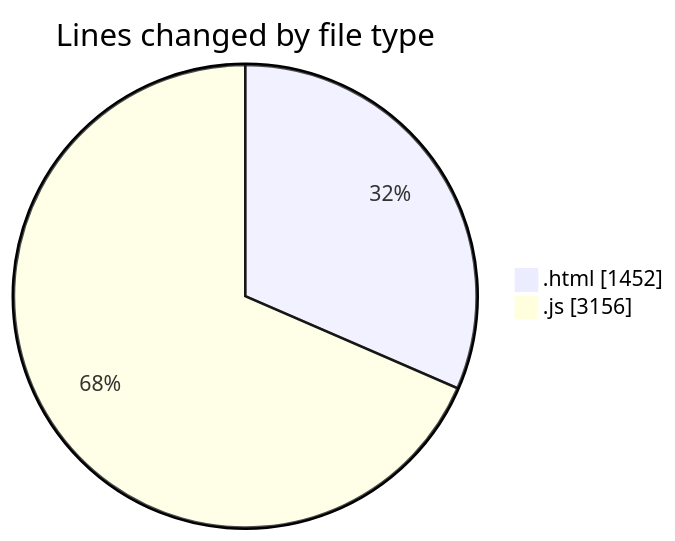
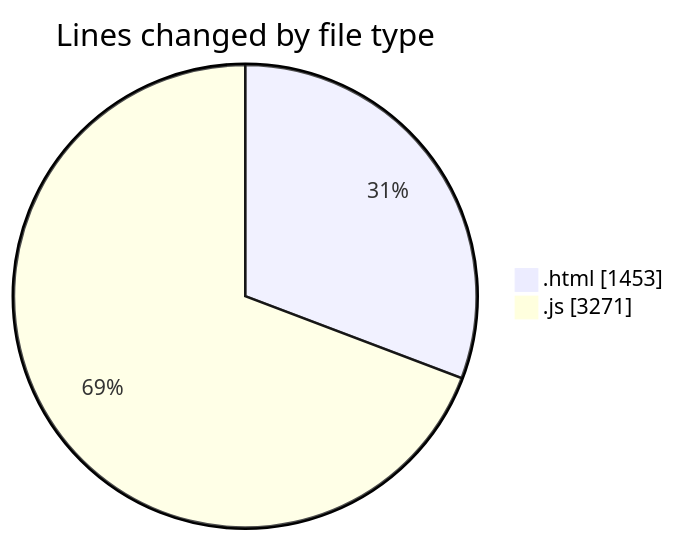
Before and after one commit to becaeroporto-bot/code-tracking: the first of 2 diagrams in 2026-02-19/bot_v1_2/README.md, drawn with Mermaid. The commit also changed other lines of this file and 1 other file, not shown here.

````diff
--- a/2026-02-19/bot_v1_2/README.md
+++ b/2026-02-19/bot_v1_2/README.md
@@ -28,6 +28,6 @@
 ```mermaid
 pie showData
 title Lines changed by file type
-".html" : 1452
-".js" : 3156
+".html" : 1453
+".js" : 3271
 ```
````
